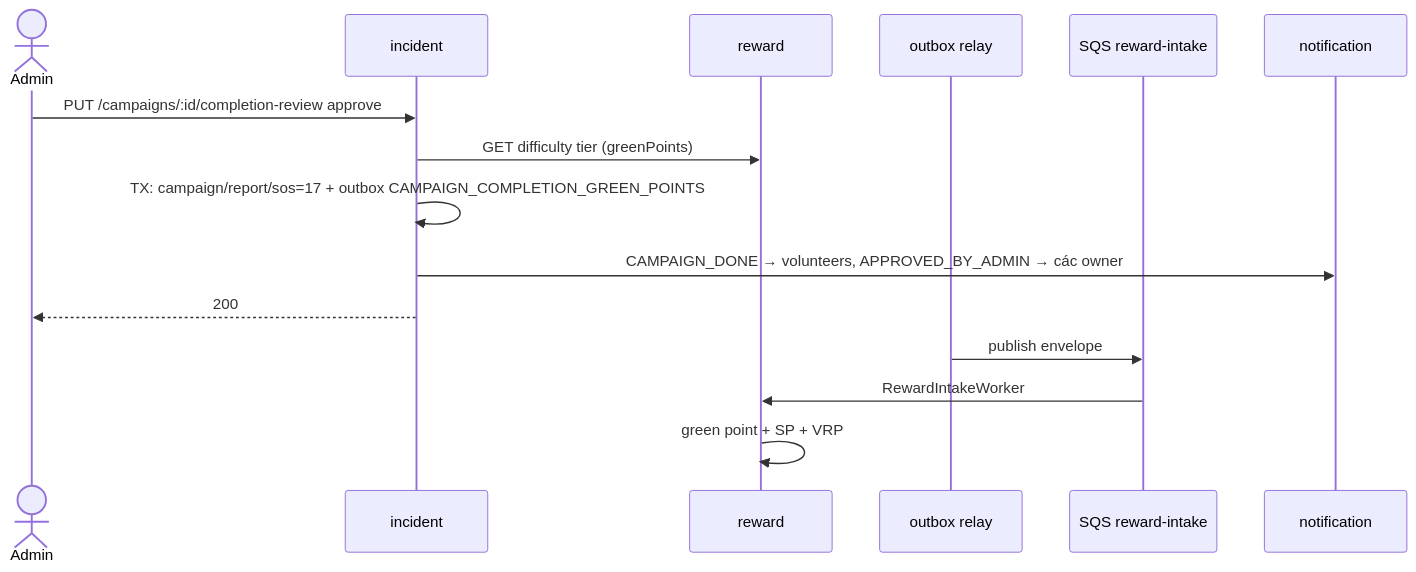
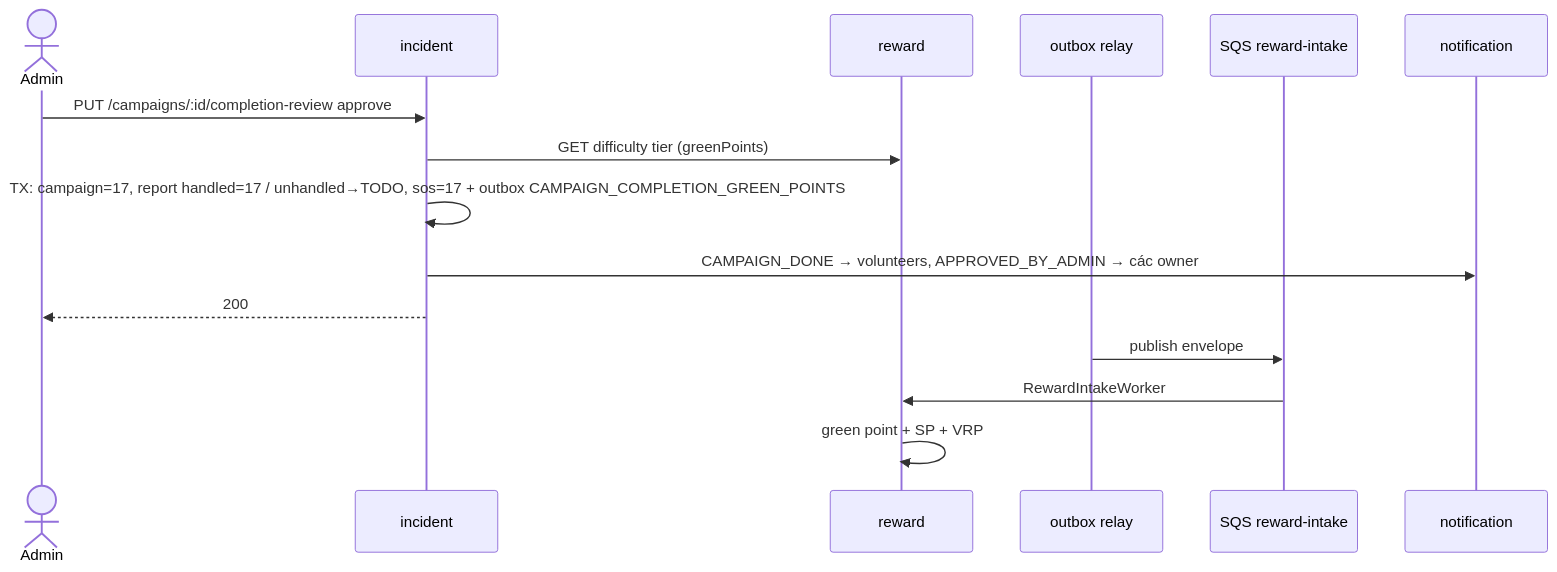
Before and after one commit to DOAN2-UQT-KN/ecolink-docs: diagram 21 of 27 in 02-business-flows.md, drawn with Mermaid. The commit also changed other lines of this file and 9 other files, not shown here.

````diff
--- a/02-business-flows.md
+++ b/02-business-flows.md
@@ -935,17 +942,17 @@
 ```mermaid
 sequenceDiagram
   actor A as Admin
   participant INC as incident
   participant RW as reward
   participant RL as outbox relay
   participant Q as SQS reward-intake
   participant NS as notification
   A->>INC: PUT /campaigns/:id/completion-review approve
   INC->>RW: GET difficulty tier (greenPoints)
-  INC->>INC: TX: campaign/report/sos=17 + outbox CAMPAIGN_COMPLETION_GREEN_POINTS
+  INC->>INC: TX: campaign=17, report handled=17 / unhandled→TODO, sos=17 + outbox CAMPAIGN_COMPLETION_GREEN_POINTS
   INC->>NS: CAMPAIGN_DONE → volunteers, APPROVED_BY_ADMIN → các owner
   INC-->>A: 200
   RL->>Q: publish envelope
   Q->>RW: RewardIntakeWorker
   RW->>RW: green point + SP + VRP
 ```
````
